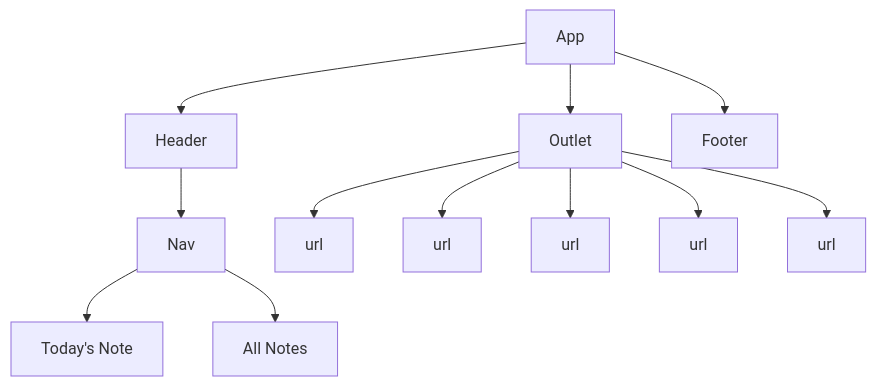
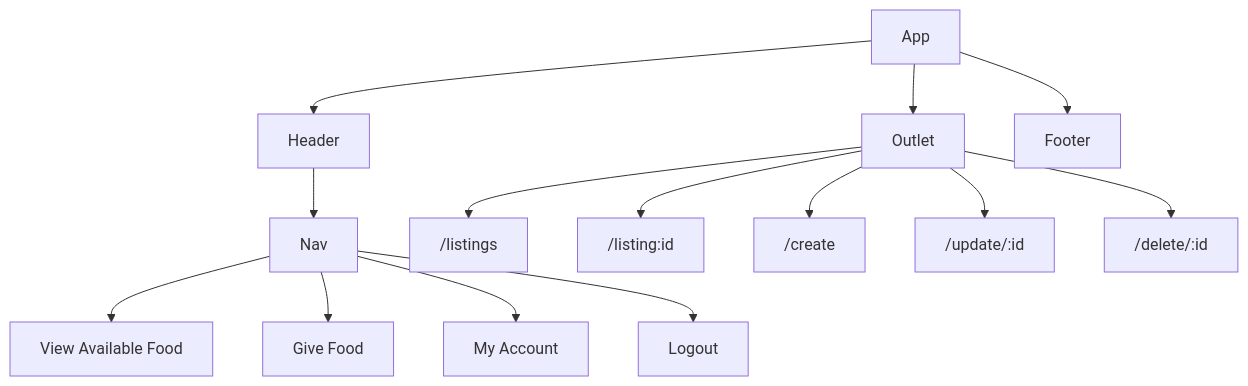
Before and after one commit to cindywongdev/capstone-frontend: the diagram in README.md, drawn with Mermaid. The commit also changed other lines of this file, not shown here.

Commit message:
updated component tree

````diff
--- a/README.md
+++ b/README.md
@@ -38,15 +38,17 @@
 ```mermaid
 flowchart TD
 
     App --> Header
     App --> Outlet
     App --> Footer
     Header --> Nav
-    Nav --> id1[Today's Note]
-    Nav --> id2[All Notes]
-    Outlet --> id3[url]
-    Outlet --> id4[url]
-    Outlet --> id5[url]
-    Outlet --> id6[url]
-    Outlet --> id7[url]
+    Nav --> id1[View Available Food]
+    Nav --> id2[ Give Food ]
+    Nav --> id8[ My Account ]
+    Nav --> id9[ Logout ]
+    Outlet --> id3["/listings"]
+    Outlet --> id4["/listing:id"]
+    Outlet --> id5["/create"]
+    Outlet --> id6["/update/:id"]
+    Outlet --> id7["/delete/:id"]
 ```
````
